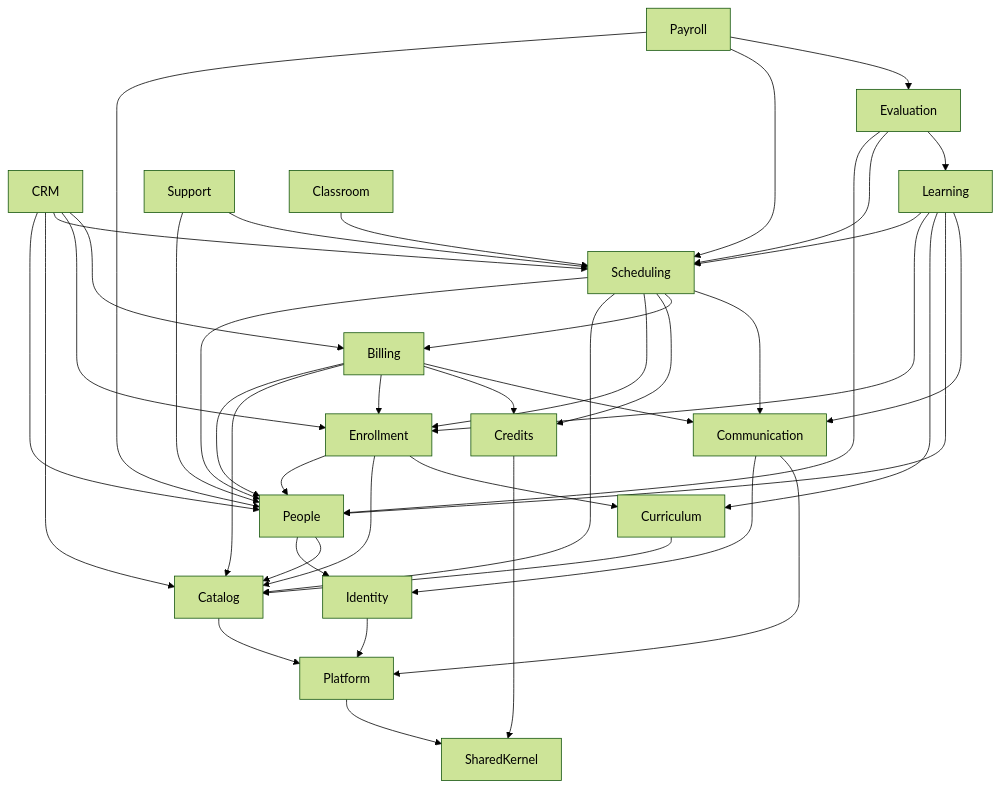
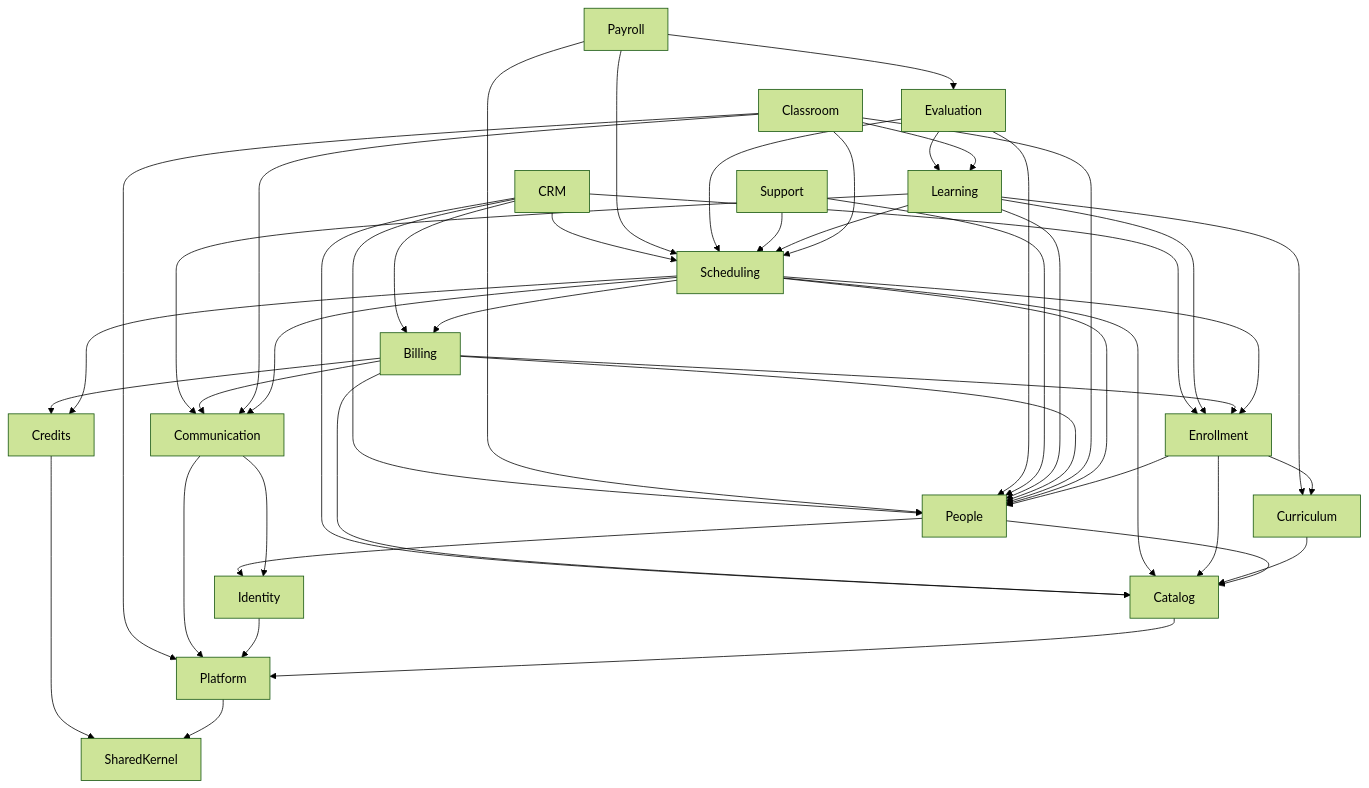
One commit to Mahmoud-Elgonidi/academy-lms changed the diagram in docs/architecture/04-design-patterns.md. Above: the diagram before and after it, drawn with Mermaid (forest theme). The commit also changed other lines of this file and 85 other files, not shown here.

````diff
--- a/docs/architecture/04-design-patterns.md
+++ b/docs/architecture/04-design-patterns.md
@@ -48,19 +48,19 @@
 ```mermaid
 flowchart TD
     CRM --> People & Catalog & Scheduling & Enrollment & Billing
     Payroll --> People & Scheduling & Evaluation
     Evaluation --> People & Scheduling & Learning
     Support --> People & Scheduling
     Learning --> Scheduling & Enrollment & Curriculum & People & Communication
     Billing --> People & Catalog & Enrollment & Credits & Communication
-    Classroom --> Scheduling
+    Classroom --> Scheduling & Learning & People & Communication & Platform
     Scheduling --> People & Catalog & Enrollment & Credits & Billing & Communication
     Enrollment --> People & Catalog & Curriculum
     Curriculum --> Catalog
     People --> Identity & Catalog
     Communication --> Identity & Platform
     Identity --> Platform
     Catalog --> Platform
     Credits --> SharedKernel
     Platform --> SharedKernel
 ```
````
